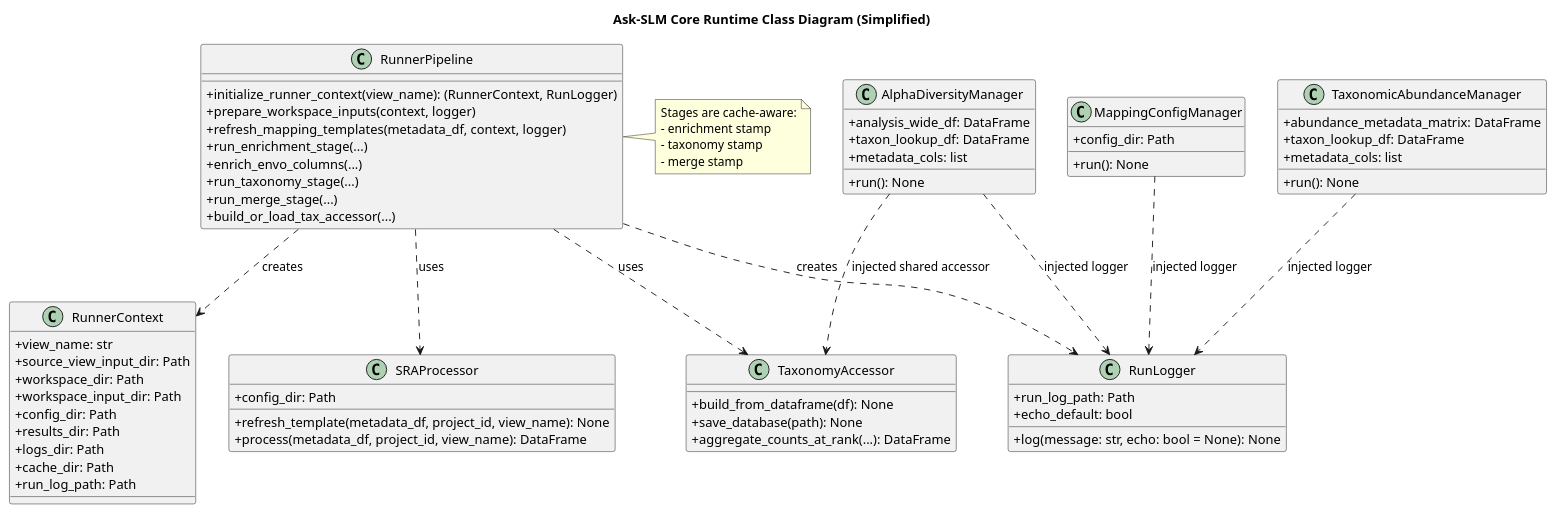
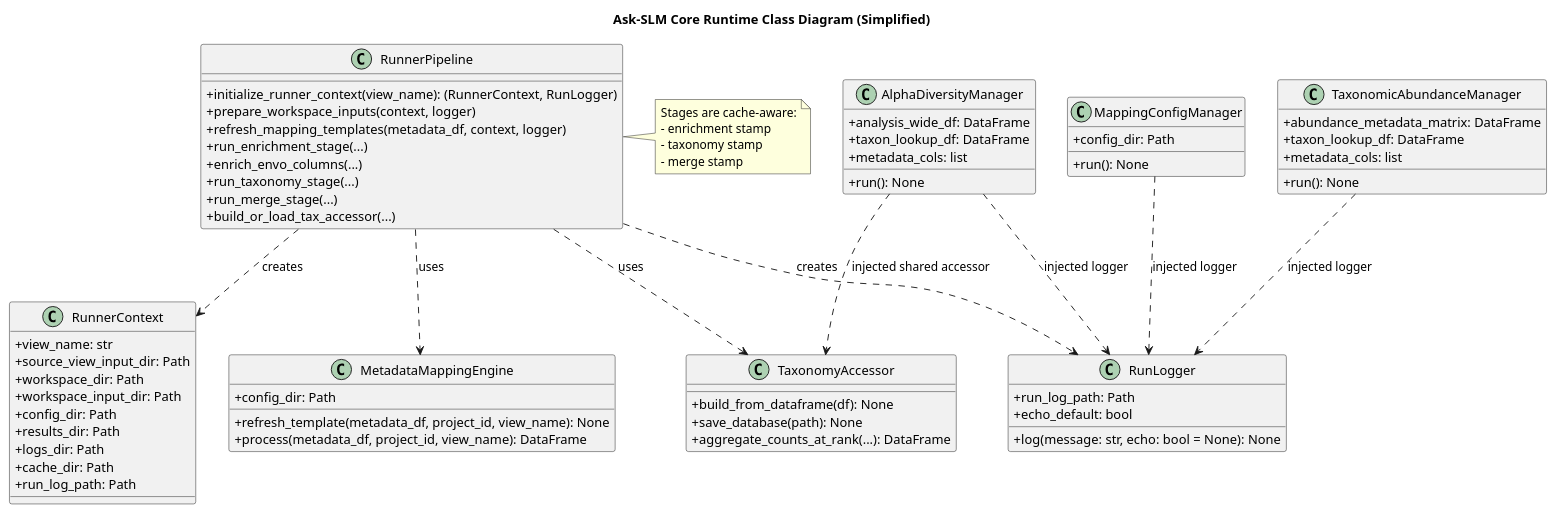
Before and after one commit to YPinto-Lab/cohort-query: the diagram in Docs/product-documentation/uml/ask-slm-core-class-diagram.puml, drawn with PlantUML. The commit also changed 6 other files, not shown here.

First line of the commit message:
docs(architecture): sync diagrams with manager/engine migration

```diff
--- a/Docs/product-documentation/uml/ask-slm-core-class-diagram.puml
+++ b/Docs/product-documentation/uml/ask-slm-core-class-diagram.puml
@@ -1,84 +1,84 @@
 @startuml
 title Ask-SLM Core Runtime Class Diagram (Simplified)
 
 skinparam shadowing false
 skinparam classAttributeIconSize 0
 
 class RunnerContext {
   +view_name: str
   +source_view_input_dir: Path
   +workspace_dir: Path
   +workspace_input_dir: Path
   +config_dir: Path
   +results_dir: Path
   +logs_dir: Path
   +cache_dir: Path
   +run_log_path: Path
 }
 
 class RunLogger {
   +run_log_path: Path
   +echo_default: bool
   +log(message: str, echo: bool = None): None
 }
 
-class SRAProcessor {
+class MetadataMappingEngine {
   +config_dir: Path
   +refresh_template(metadata_df, project_id, view_name): None
   +process(metadata_df, project_id, view_name): DataFrame
 }
 
 class TaxonomyAccessor {
   +build_from_dataframe(df): None
   +save_database(path): None
   +aggregate_counts_at_rank(...): DataFrame
 }
 
 class MappingConfigManager {
   +config_dir: Path
   +run(): None
 }
 
 class AlphaDiversityManager {
   +analysis_wide_df: DataFrame
   +taxon_lookup_df: DataFrame
   +metadata_cols: list
   +run(): None
 }
 
 class TaxonomicAbundanceManager {
   +abundance_metadata_matrix: DataFrame
   +taxon_lookup_df: DataFrame
   +metadata_cols: list
   +run(): None
 }
 
 class RunnerPipeline {
   +initialize_runner_context(view_name): (RunnerContext, RunLogger)
   +prepare_workspace_inputs(context, logger)
   +refresh_mapping_templates(metadata_df, context, logger)
   +run_enrichment_stage(...)
   +enrich_envo_columns(...)
   +run_taxonomy_stage(...)
   +run_merge_stage(...)
   +build_or_load_tax_accessor(...)
 }
 
 RunnerPipeline ..> RunnerContext : creates
 RunnerPipeline ..> RunLogger : creates
-RunnerPipeline ..> SRAProcessor : uses
+RunnerPipeline ..> MetadataMappingEngine : uses
 RunnerPipeline ..> TaxonomyAccessor : uses
 
 MappingConfigManager ..> RunLogger : injected logger
 AlphaDiversityManager ..> TaxonomyAccessor : injected shared accessor
 AlphaDiversityManager ..> RunLogger : injected logger
 TaxonomicAbundanceManager ..> RunLogger : injected logger
 
 note right of RunnerPipeline
 Stages are cache-aware:
 - enrichment stamp
 - taxonomy stamp
 - merge stamp
 end note
 
 @enduml
```
